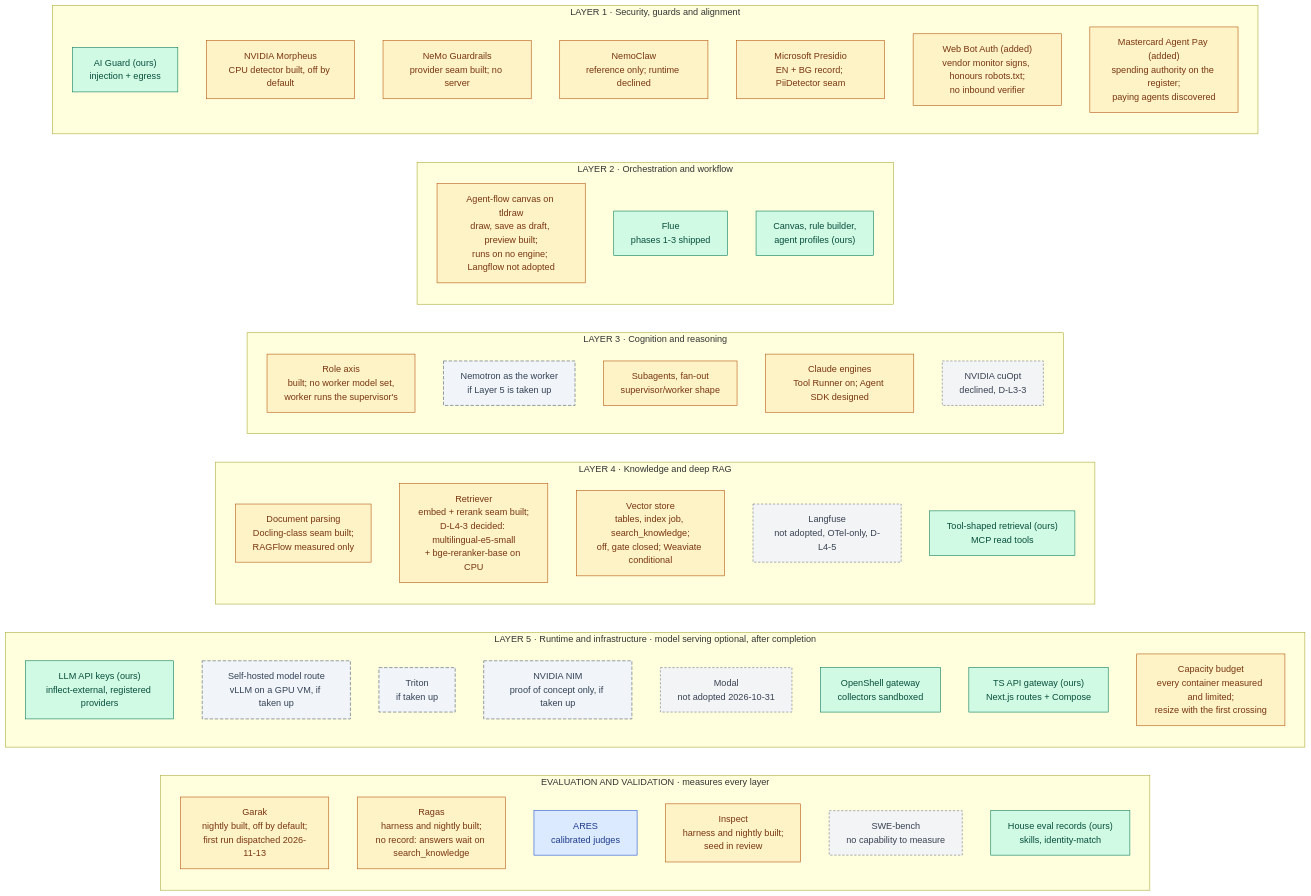
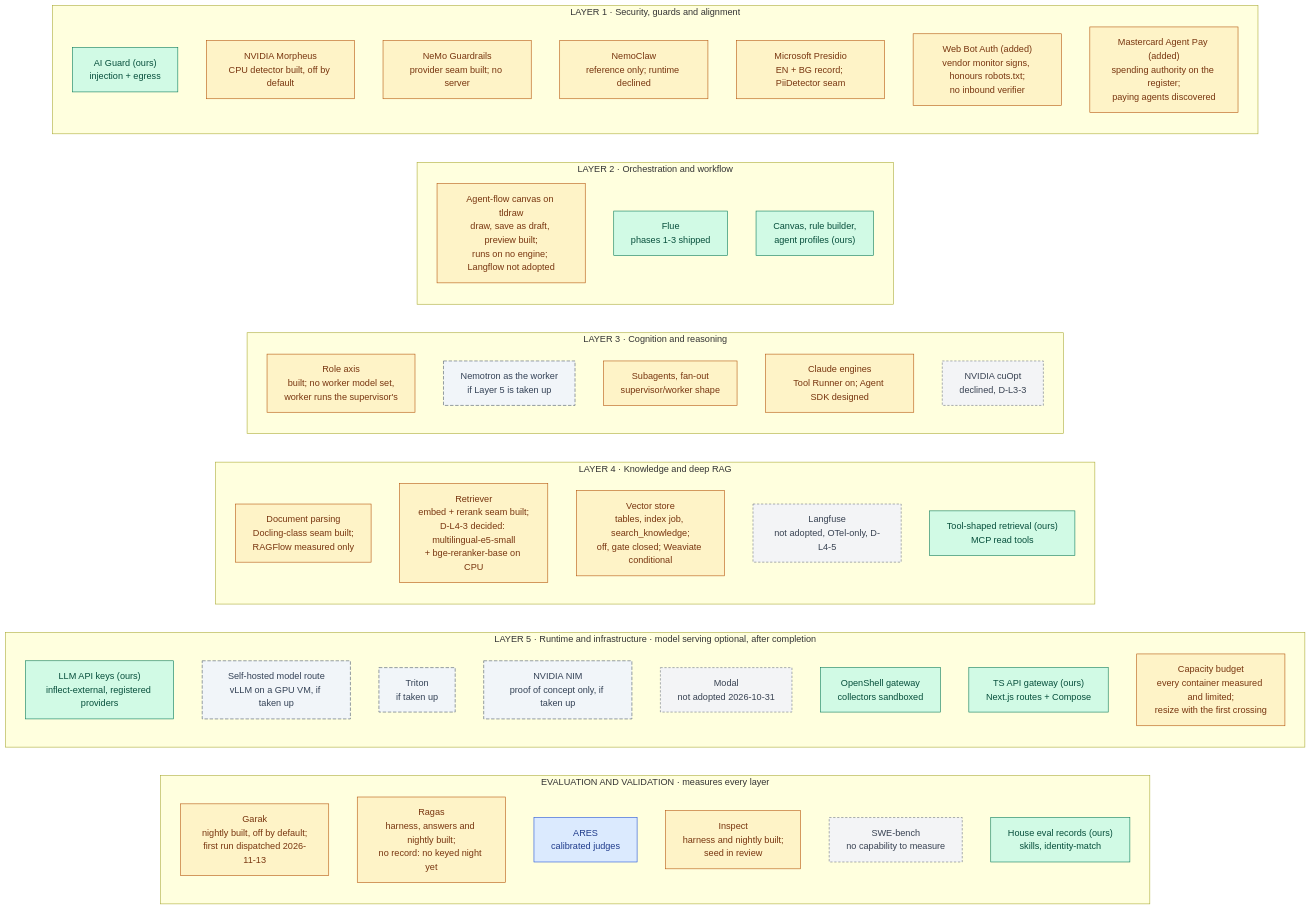
One commit to RodnaPamet/inflect-compliance changed the first of 5 diagrams in docs/ai-architecture-roadmap.md. Above: the diagram before and after it, drawn with Mermaid. The commit also changed other lines of this file and 26 other files, not shown here.

````diff
--- a/docs/ai-architecture-roadmap.md
+++ b/docs/ai-architecture-roadmap.md
@@ -63,66 +63,66 @@
 ```mermaid
 flowchart LR
   subgraph EV["EVALUATION AND VALIDATION · measures every layer"]
     direction TB
     GA["Garak<br/>nightly built, off by default;<br/>first run dispatched 2026-11-13"]:::partial
-    RA["Ragas<br/>harness and nightly built;<br/>no record: answers wait on search_knowledge"]:::partial
+    RA["Ragas<br/>harness, answers and nightly built;<br/>no record: no keyed night yet"]:::partial
     AR["ARES<br/>calibrated judges"]:::todo
     IS["Inspect<br/>harness and nightly built;<br/>seed in review"]:::partial
     SB["SWE-bench<br/>no capability to measure"]:::declined
     HR["House eval records (ours)<br/>skills, identity-match"]:::done
   end
 
   subgraph L5["LAYER 5 · Runtime and infrastructure · model serving optional, after completion"]
     direction TB
     API["LLM API keys (ours)<br/>inflect-external, registered providers"]:::done
     MD["Self-hosted model route<br/>vLLM on a GPU VM, if taken up"]:::optional
     TT["Triton<br/>if taken up"]:::optional
     NIM["NVIDIA NIM<br/>proof of concept only, if taken up"]:::optional
     MO5["Modal<br/>not adopted 2026-10-31"]:::declined
     OS["OpenShell gateway<br/>collectors sandboxed"]:::done
     GW["TS API gateway (ours)<br/>Next.js routes + Compose"]:::done
     CAP["Capacity budget<br/>every container measured and limited;<br/>resize with the first crossing"]:::partial
   end
 
   subgraph L4["LAYER 4 · Knowledge and deep RAG"]
     direction TB
     RF["Document parsing<br/>Docling-class seam built;<br/>RAGFlow measured only"]:::partial
     RT["Retriever<br/>embed + rerank seam built;<br/>D-L4-3 decided: multilingual-e5-small<br/>+ bge-reranker-base on CPU"]:::partial
     WV["Vector store<br/>tables, index job, search_knowledge;<br/>off, gate closed; Weaviate conditional"]:::partial
     LU["Langfuse<br/>not adopted, OTel-only, D-L4-5"]:::declined
     TR["Tool-shaped retrieval (ours)<br/>MCP read tools"]:::done
   end
 
   subgraph L3["LAYER 3 · Cognition and reasoning"]
     direction TB
     NR["Role axis<br/>built; no worker model set,<br/>worker runs the supervisor's"]:::partial
     NW["Nemotron as the worker<br/>if Layer 5 is taken up"]:::optional
     SW["Subagents, fan-out<br/>supervisor/worker shape"]:::partial
     CL["Claude engines<br/>Tool Runner on; Agent SDK designed"]:::partial
     CO["NVIDIA cuOpt<br/>declined, D-L3-3"]:::declined
   end
 
   subgraph L2["LAYER 2 · Orchestration and workflow"]
     direction TB
     LF["Agent-flow canvas on tldraw<br/>draw, save as draft, preview built;<br/>runs on no engine; Langflow not adopted"]:::partial
     FL["Flue<br/>phases 1-3 shipped"]:::done
     CV["Canvas, rule builder,<br/>agent profiles (ours)"]:::done
   end
 
   subgraph L1["LAYER 1 · Security, guards and alignment"]
     direction TB
     AG["AI Guard (ours)<br/>injection + egress"]:::done
     MO["NVIDIA Morpheus<br/>CPU detector built, off by default"]:::partial
     NG["NeMo Guardrails<br/>provider seam built; no server"]:::partial
     NC["NemoClaw<br/>reference only; runtime declined"]:::partial
     PR["Microsoft Presidio<br/>EN + BG record; PiiDetector seam"]:::partial
     WB["Web Bot Auth (added)<br/>vendor monitor signs, honours robots.txt;<br/>no inbound verifier"]:::partial
     MA["Mastercard Agent Pay (added)<br/>spending authority on the register;<br/>paying agents discovered"]:::partial
   end
 
   classDef done fill:#d1fae5,stroke:#047857,color:#064e3b
   classDef partial fill:#fef3c7,stroke:#b45309,color:#78350f
   classDef todo fill:#dbeafe,stroke:#1d4ed8,color:#1e3a8a
   classDef optional fill:#f1f5f9,stroke:#475569,color:#334155,stroke-dasharray:6 3
   classDef declined fill:#f3f4f6,stroke:#6b7280,color:#374151,stroke-dasharray:4 3
 ```
````
